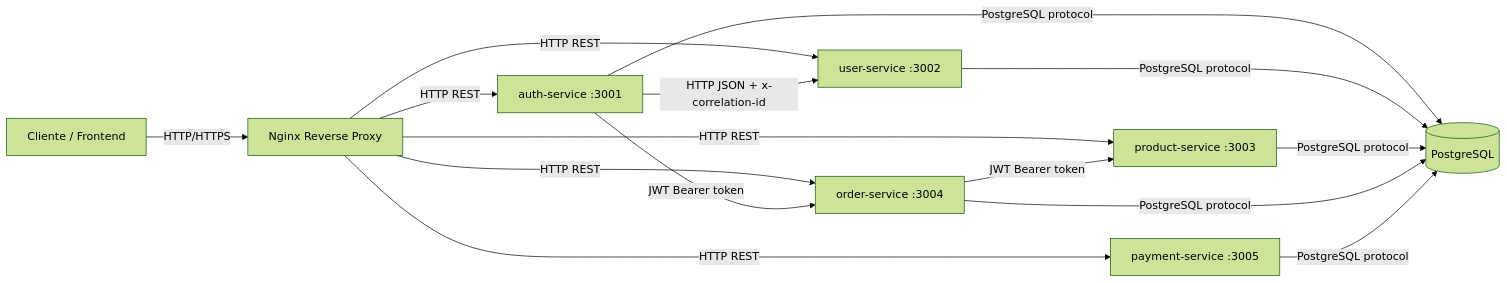
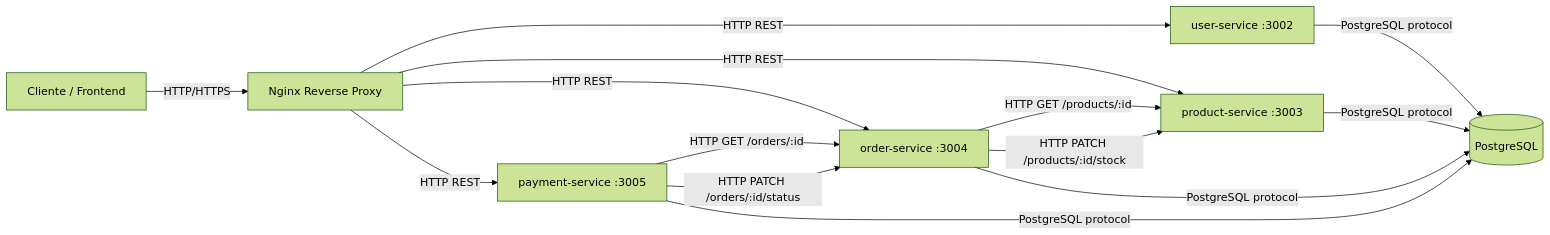
The diagram in docs/arquitetura-consolidada.md (Igorsant/ecommerce-microservice), drawn with Mermaid (forest theme) before and after one commit. The commit also changed other lines of this file and 41 other files, not shown here.

````diff
--- a/docs/arquitetura-consolidada.md
+++ b/docs/arquitetura-consolidada.md
@@ -57,20 +47,19 @@
 ```mermaid
 flowchart LR
   Client[Cliente / Frontend] -->|HTTP/HTTPS| Nginx[Nginx Reverse Proxy]
 
-  Nginx -->|HTTP REST| Auth[auth-service :3001]
   Nginx -->|HTTP REST| User[user-service :3002]
   Nginx -->|HTTP REST| Product[product-service :3003]
   Nginx -->|HTTP REST| Order[order-service :3004]
   Nginx -->|HTTP REST| Payment[payment-service :3005]
 
-  Auth -->|HTTP JSON + x-correlation-id| User
-  Auth -->|JWT Bearer token| Order
-  Order -->|JWT Bearer token| Product
+  Order -->|HTTP GET /products/:id| Product
+  Order -->|HTTP PATCH /products/:id/stock| Product
+  Payment -->|HTTP GET /orders/:id| Order
+  Payment -->|HTTP PATCH /orders/:id/status| Order
 
-  Auth -->|PostgreSQL protocol| DB[(PostgreSQL)]
-  User -->|PostgreSQL protocol| DB
+  User -->|PostgreSQL protocol| DB[(PostgreSQL)]
   Product -->|PostgreSQL protocol| DB
   Order -->|PostgreSQL protocol| DB
   Payment -->|PostgreSQL protocol| DB
 ```
````
